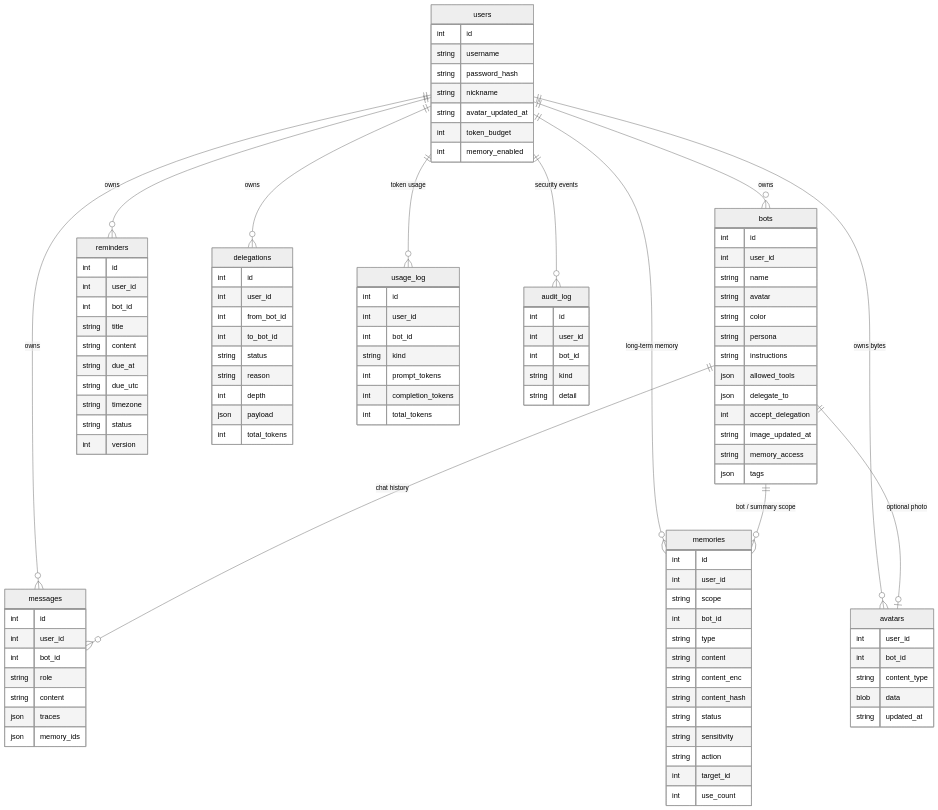
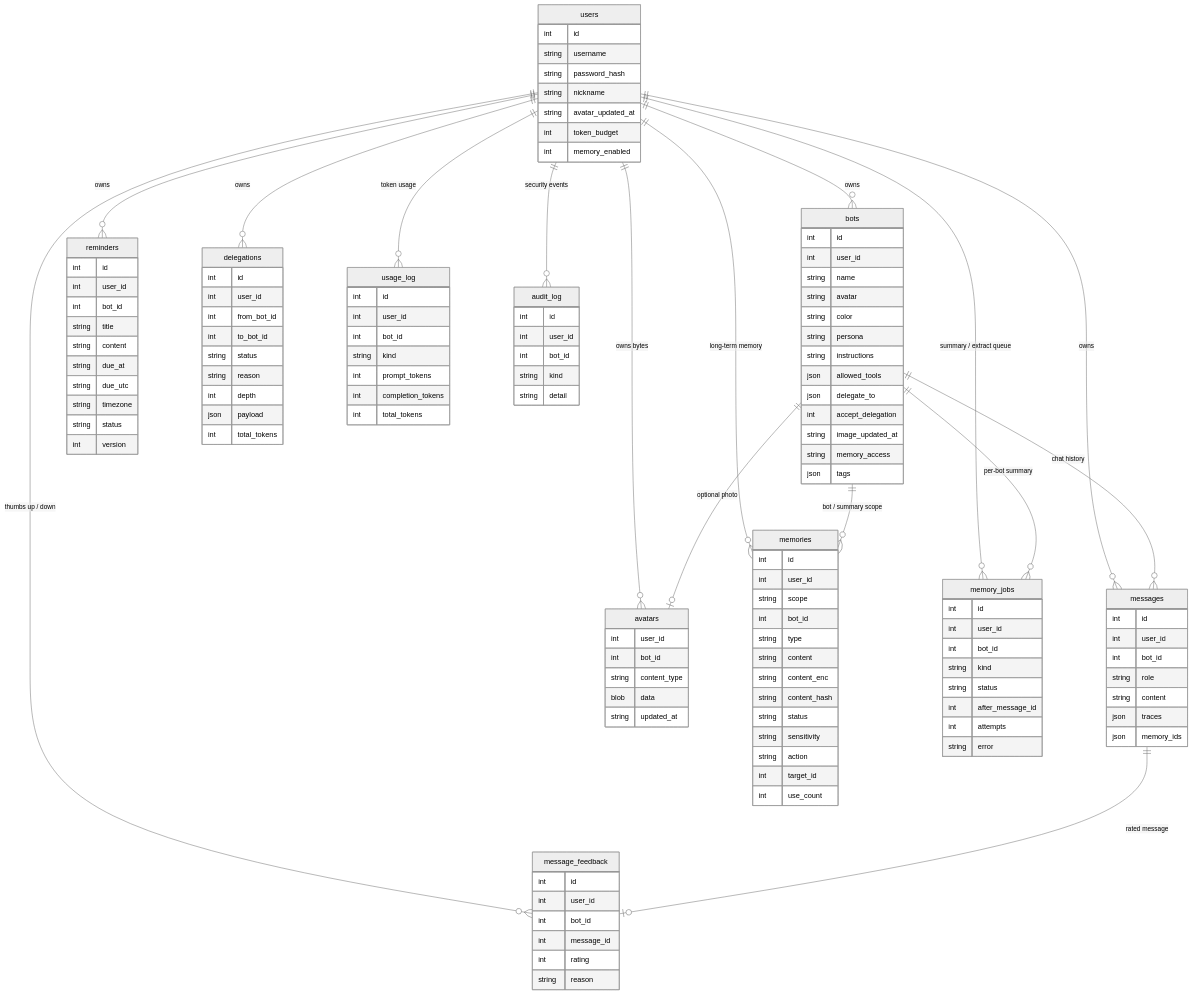
Before and after one commit to luisporschewind-ai/VeraBot: the second of 2 diagrams in docs/design/ARCHITECTURE.md, drawn with Mermaid (neutral theme). The commit also changed other lines of this file and 45 other files, not shown here.

First line of the commit message:
feat(memory): 记忆 M2 滚动摘要 + 风格校准（schema v14）

````diff
--- a/docs/design/ARCHITECTURE.md
+++ b/docs/design/ARCHITECTURE.md
@@ -83,23 +86,29 @@
 ```mermaid
 erDiagram
     users ||--o{ bots : owns
     users ||--o{ messages : owns
     bots ||--o{ messages : "chat history"
     users ||--o{ reminders : owns
     users ||--o{ delegations : owns
     users ||--o{ usage_log : "token usage"
     users ||--o{ audit_log : "security events"
     users ||--o{ avatars : "owns bytes"
     users ||--o{ memories : "long-term memory"
     bots ||--o{ memories : "bot / summary scope"
+    users ||--o{ memory_jobs : "summary / extract queue"
+    bots ||--o{ memory_jobs : "per-bot summary"
+    users ||--o{ message_feedback : "thumbs up / down"
+    messages ||--o| message_feedback : "rated message"
     bots ||--o| avatars : "optional photo"
     users { int id string username string password_hash string nickname string avatar_updated_at int token_budget int memory_enabled }
     bots { int id int user_id string name string avatar string color string persona string instructions json allowed_tools json delegate_to int accept_delegation string image_updated_at string memory_access json tags }
     avatars { int user_id int bot_id string content_type blob data string updated_at }
     messages { int id int user_id int bot_id string role string content json traces json memory_ids }
     memories { int id int user_id string scope int bot_id string type string content string content_enc string content_hash string status string sensitivity string action int target_id int use_count }
+    memory_jobs { int id int user_id int bot_id string kind string status int after_message_id int attempts string error }
+    message_feedback { int id int user_id int bot_id int message_id int rating string reason }
     reminders { int id int user_id int bot_id string title string content string due_at string due_utc string timezone string status int version }
     delegations { int id int user_id int from_bot_id int to_bot_id string status string reason int depth json payload int total_tokens }
     usage_log { int id int user_id int bot_id string kind int prompt_tokens int completion_tokens int total_tokens }
     audit_log { int id int user_id int bot_id string kind string detail }
 ```
````
